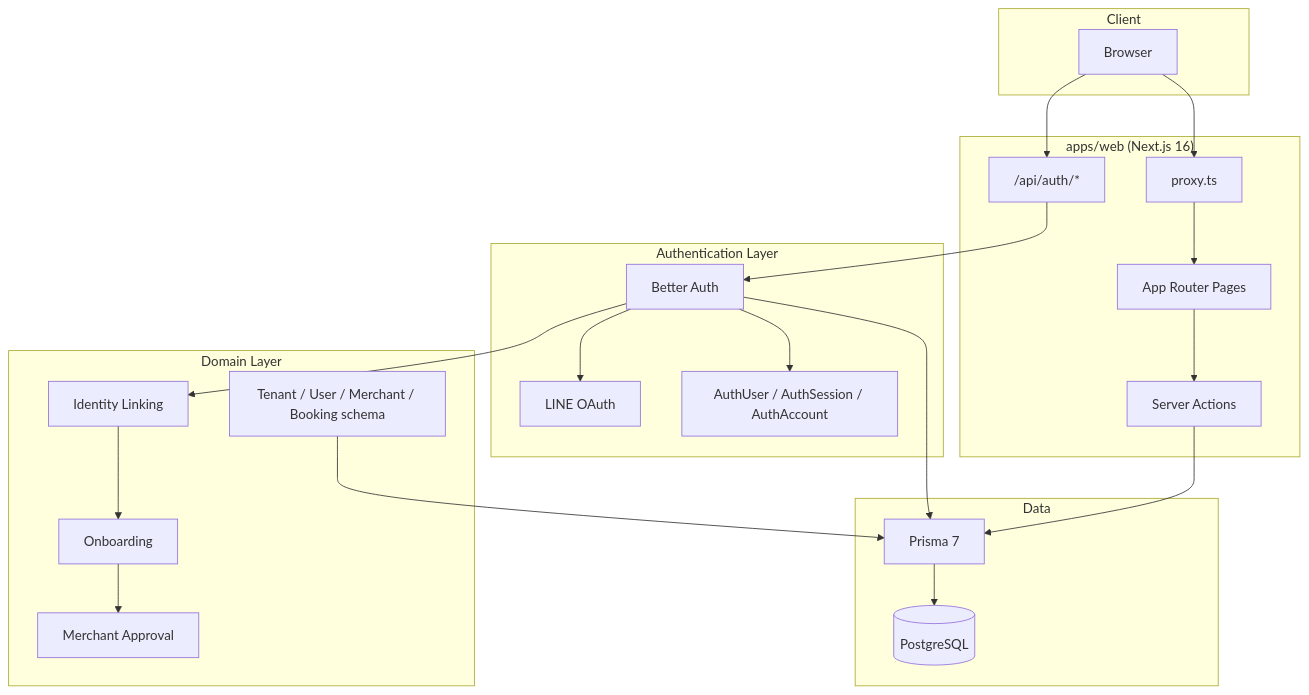
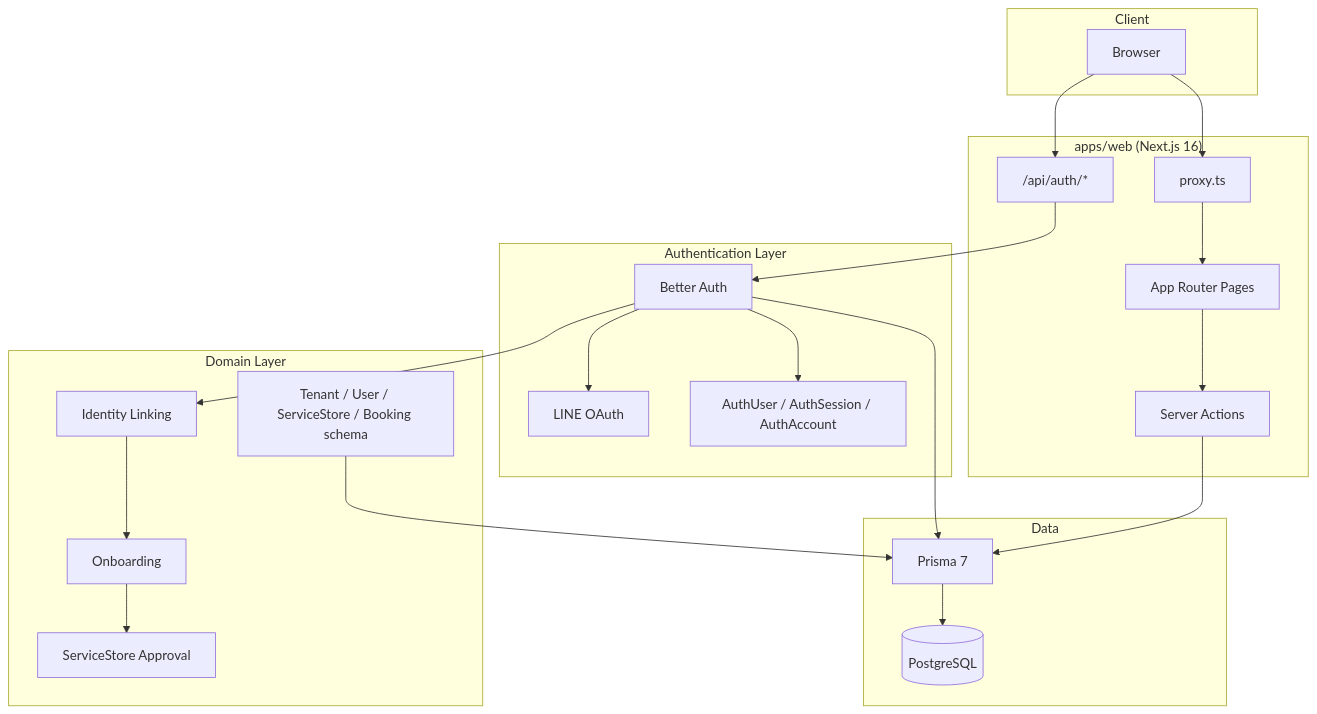
Before and after one commit to plc-r-dev/autohub: the first of 2 diagrams in docs/architecture/README.md, drawn with Mermaid. The commit also changed other lines of this file and 286 other files, not shown here.

First line of the commit message:
refactor: complete merchant-to-ServiceStore rename and customer LIFF restructure

````diff
--- a/docs/architecture/README.md
+++ b/docs/architecture/README.md
@@ -9,46 +9,46 @@
 ```mermaid
 flowchart TB
   subgraph Client
     Browser[Browser]
   end
 
   subgraph NextApp["apps/web (Next.js 16)"]
     Proxy[proxy.ts]
     Pages[App Router Pages]
     Actions[Server Actions]
     AuthAPI["/api/auth/*"]
   end
 
   subgraph Auth["Authentication Layer"]
   BetterAuth[Better Auth]
   LINE[LINE OAuth]
   AuthModels[AuthUser / AuthSession / AuthAccount]
   end
 
   subgraph Domain["Domain Layer"]
   Identity[Identity Linking]
   Onboarding[Onboarding]
-  Merchant[Merchant Approval]
-  BusinessModels[Tenant / User / Merchant / Booking schema]
+  ServiceStore[ServiceStore Approval]
+  BusinessModels[Tenant / User / ServiceStore / Booking schema]
   end
 
   subgraph Data
   PostgreSQL[(PostgreSQL)]
   Prisma[Prisma 7]
   end
 
   Browser --> Proxy
   Proxy --> Pages
   Pages --> Actions
   Browser --> AuthAPI
   AuthAPI --> BetterAuth
   BetterAuth --> LINE
   BetterAuth --> AuthModels
   BetterAuth --> Identity
   Identity --> Onboarding
-  Onboarding --> Merchant
+  Onboarding --> ServiceStore
   Actions --> Prisma
   BetterAuth --> Prisma
   Prisma --> PostgreSQL
   BusinessModels --> Prisma
 ```
````
